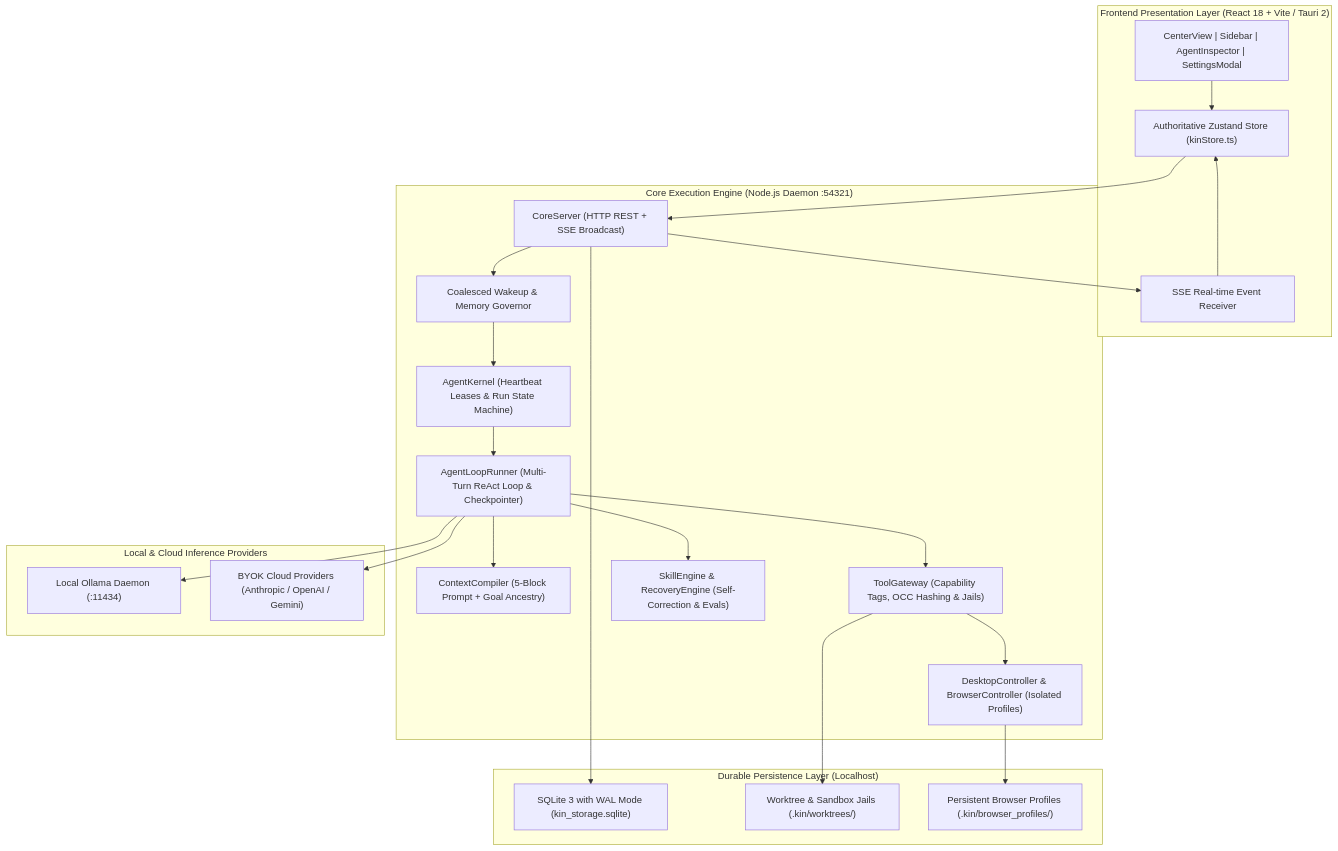
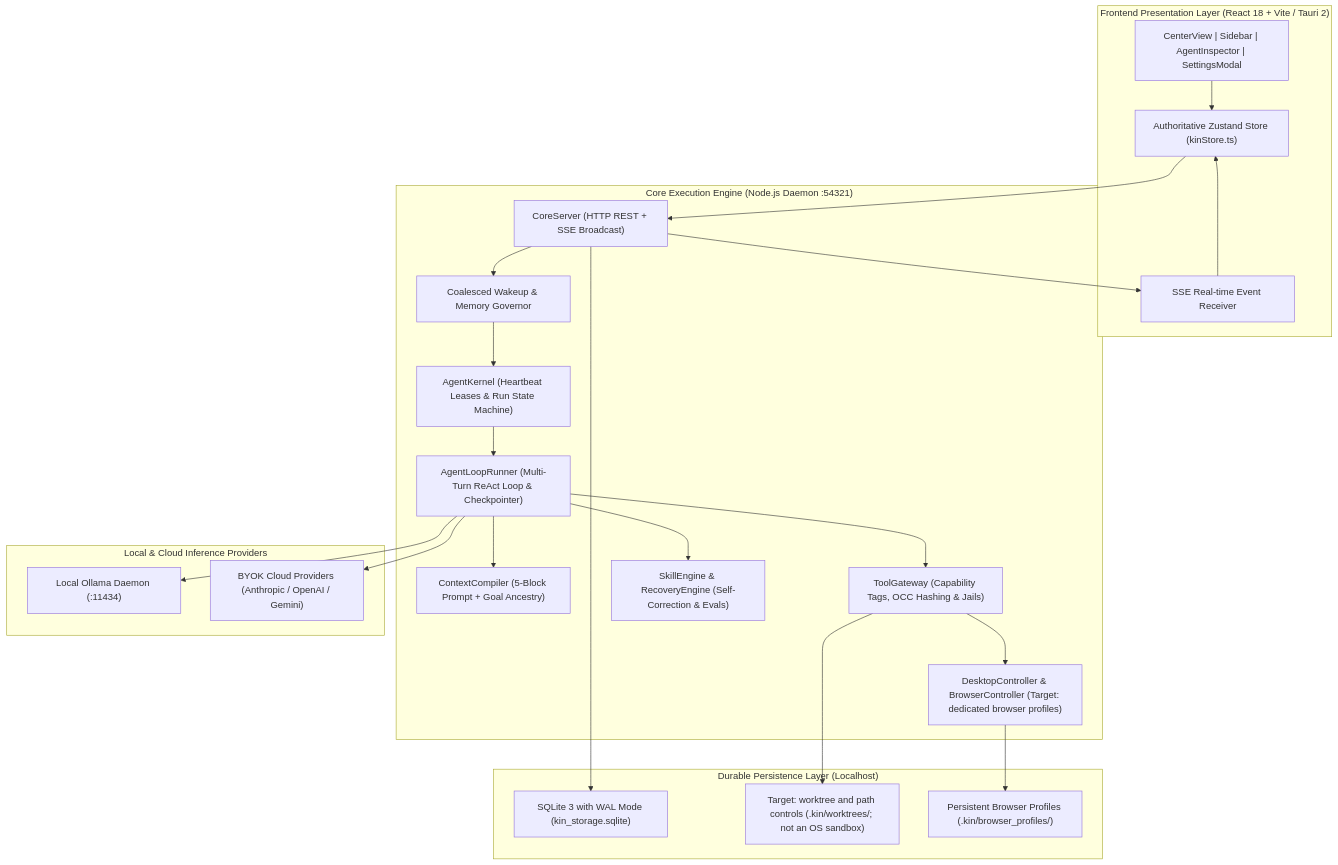
Before and after one commit to abhayzangir1/KIN: the diagram in docs/TRD.md, drawn with Mermaid. The commit also changed other lines of this file and 1 other file, not shown here.

Commit message:
docs: clarify target architecture and remove stale claims

````diff
--- a/docs/TRD.md
+++ b/docs/TRD.md
@@ -23,47 +23,47 @@
 ```mermaid
 graph TD
     subgraph Client ["Frontend Presentation Layer (React 18 + Vite / Tauri 2)"]
         UIStore["Authoritative Zustand Store (kinStore.ts)"]
         SSEListener["SSE Real-time Event Receiver"]
         ViewComponents["CenterView | Sidebar | AgentInspector | SettingsModal"]
     end
 
     subgraph Daemon ["Core Execution Engine (Node.js Daemon :54321)"]
         CoreServer["CoreServer (HTTP REST + SSE Broadcast)"]
         WakeupQueue["Coalesced Wakeup & Memory Governor"]
         Kernel["AgentKernel (Heartbeat Leases & Run State Machine)"]
         AgentLoop["AgentLoopRunner (Multi-Turn ReAct Loop & Checkpointer)"]
         ContextCompiler["ContextCompiler (5-Block Prompt + Goal Ancestry)"]
         ToolGateway["ToolGateway (Capability Tags, OCC Hashing & Jails)"]
-        DesktopCtrl["DesktopController & BrowserController (Isolated Profiles)"]
+        DesktopCtrl["DesktopController & BrowserController (Target: dedicated browser profiles)"]
         SkillEngine["SkillEngine & RecoveryEngine (Self-Correction & Evals)"]
     end
 
     subgraph Storage ["Durable Persistence Layer (Localhost)"]
         SQLite["SQLite 3 with WAL Mode (kin_storage.sqlite)"]
-        FSJail["Worktree & Sandbox Jails (.kin/worktrees/)"]
+        FSJail["Target: worktree and path controls (.kin/worktrees/; not an OS sandbox)"]
         Profiles["Persistent Browser Profiles (.kin/browser_profiles/)"]
     end
 
     subgraph Inference ["Local & Cloud Inference Providers"]
         OllamaLocal["Local Ollama Daemon (:11434)"]
         CloudAPI["BYOK Cloud Providers (Anthropic / OpenAI / Gemini)"]
     end
 
     ViewComponents --> UIStore
     UIStore --> CoreServer
     CoreServer --> SSEListener
     SSEListener --> UIStore
     CoreServer --> WakeupQueue
     WakeupQueue --> Kernel
     Kernel --> AgentLoop
     AgentLoop --> ContextCompiler
     AgentLoop --> ToolGateway
     ToolGateway --> DesktopCtrl
     AgentLoop --> SkillEngine
     CoreServer --> SQLite
     ToolGateway --> FSJail
     DesktopCtrl --> Profiles
     AgentLoop --> OllamaLocal
     AgentLoop --> CloudAPI
 ```
````
